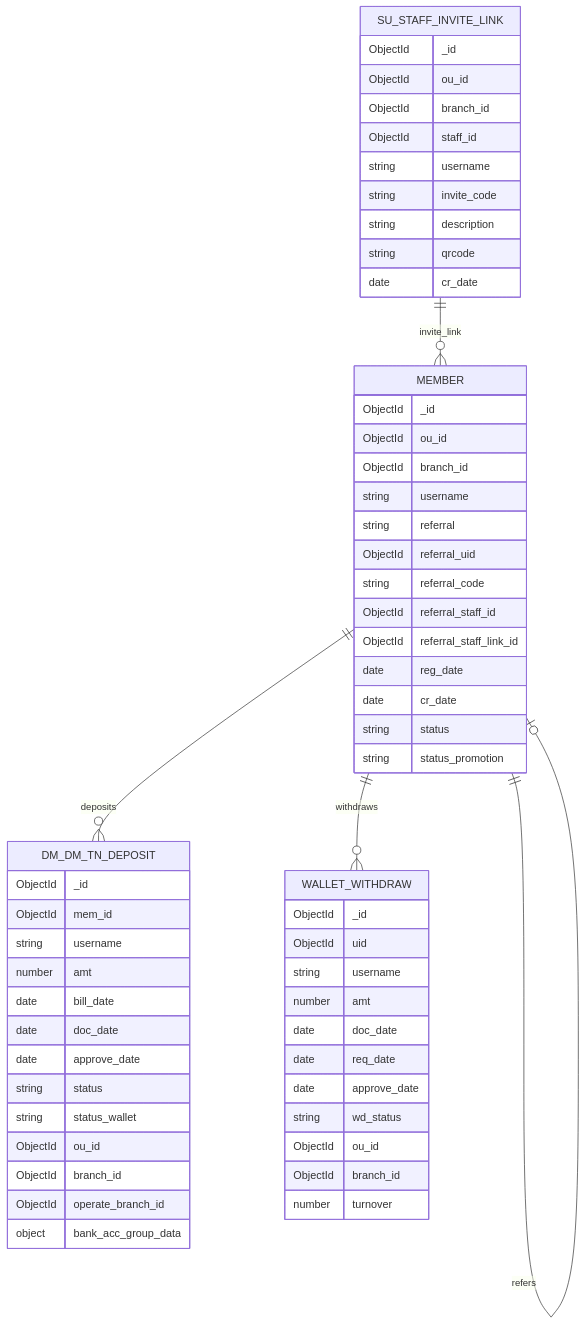
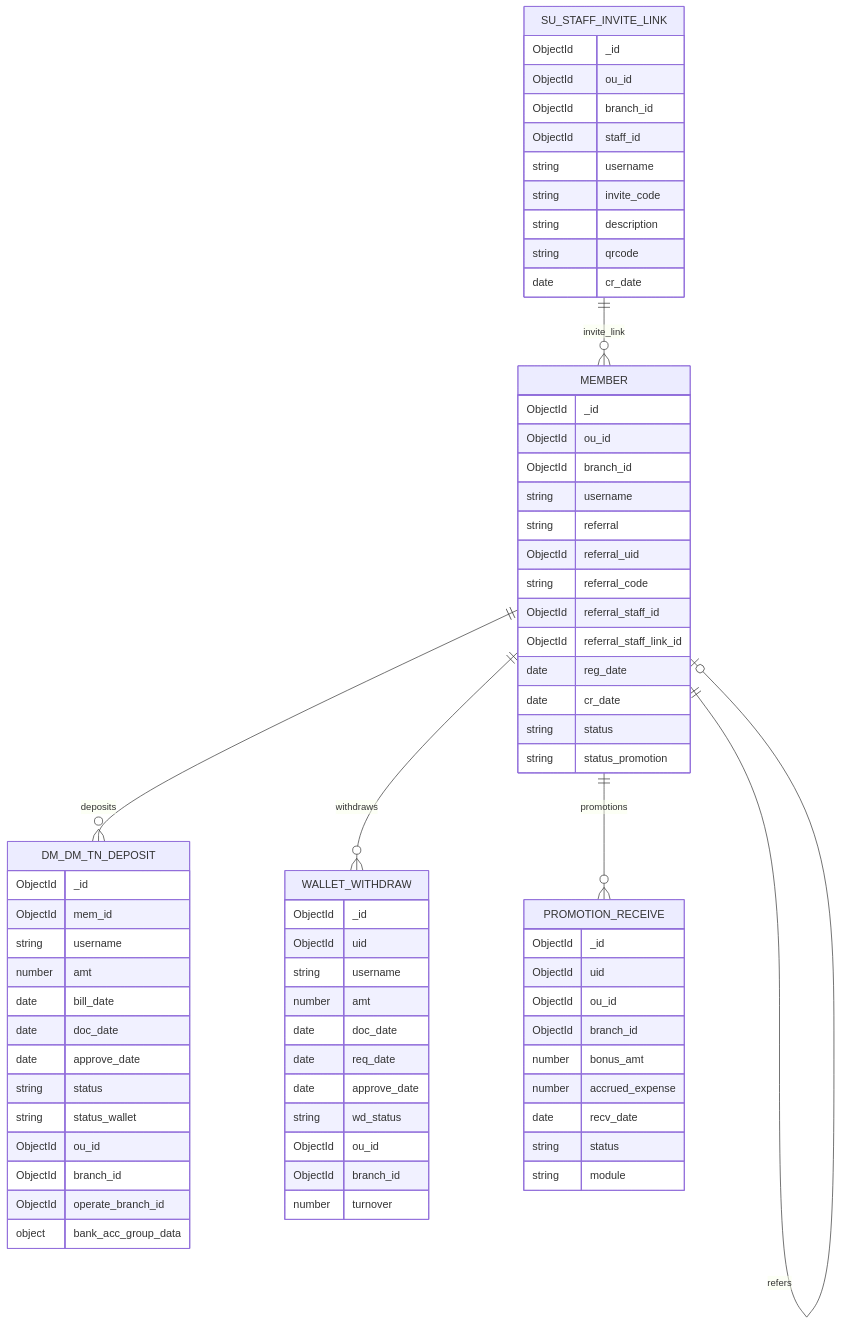
The diagram in backend/service/branch-report/erd/erd.md (santanapol/ai-agent-template), drawn with Mermaid before and after one commit. The commit also changed other lines of this file and 102 other files, not shown here.

````diff
--- a/backend/service/branch-report/erd/erd.md
+++ b/backend/service/branch-report/erd/erd.md
@@ -37,65 +42,78 @@
 ```mermaid
 erDiagram
     MEMBER ||--o{ DM_DM_TN_DEPOSIT : deposits
     MEMBER ||--o{ WALLET_WITHDRAW : withdraws
+    MEMBER ||--o{ PROMOTION_RECEIVE : promotions
     MEMBER ||--o| MEMBER : refers
     SU_STAFF_INVITE_LINK ||--o{ MEMBER : invite_link
 
     SU_STAFF_INVITE_LINK {
         ObjectId _id
         ObjectId ou_id
         ObjectId branch_id
         ObjectId staff_id
         string username
         string invite_code
         string description
         string qrcode
         date cr_date
     }
 
     MEMBER {
         ObjectId _id
         ObjectId ou_id
         ObjectId branch_id
         string username
         string referral
         ObjectId referral_uid
         string referral_code
         ObjectId referral_staff_id
         ObjectId referral_staff_link_id
         date reg_date
         date cr_date
         string status
         string status_promotion
     }
 
     DM_DM_TN_DEPOSIT {
         ObjectId _id
         ObjectId mem_id
         string username
         number amt
         date bill_date
         date doc_date
         date approve_date
         string status
         string status_wallet
         ObjectId ou_id
         ObjectId branch_id
         ObjectId operate_branch_id
         object bank_acc_group_data
     }
 
     WALLET_WITHDRAW {
         ObjectId _id
         ObjectId uid
         string username
         number amt
         date doc_date
         date req_date
         date approve_date
         string wd_status
         ObjectId ou_id
         ObjectId branch_id
         number turnover
     }
+
+    PROMOTION_RECEIVE {
+        ObjectId _id
+        ObjectId uid
+        ObjectId ou_id
+        ObjectId branch_id
+        number bonus_amt
+        number accrued_expense
+        date recv_date
+        string status
+        string module
+    }
 ```
````
